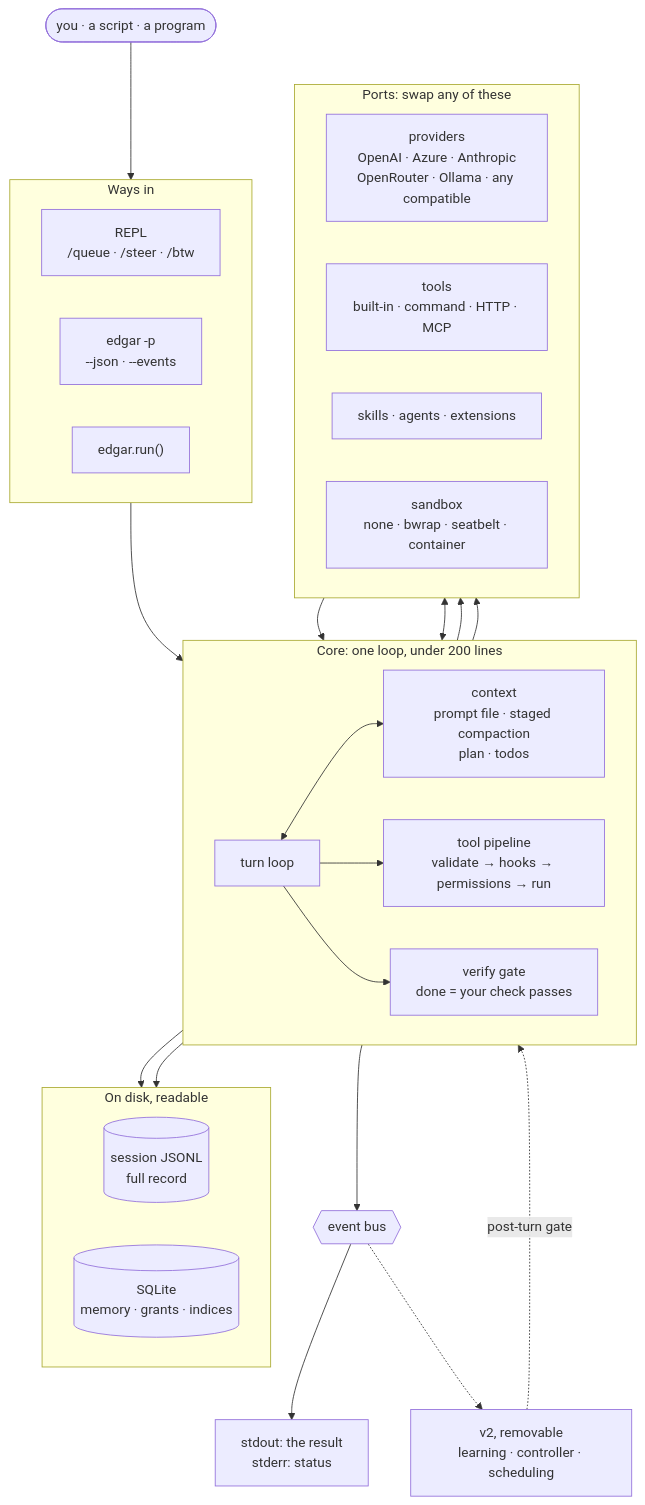
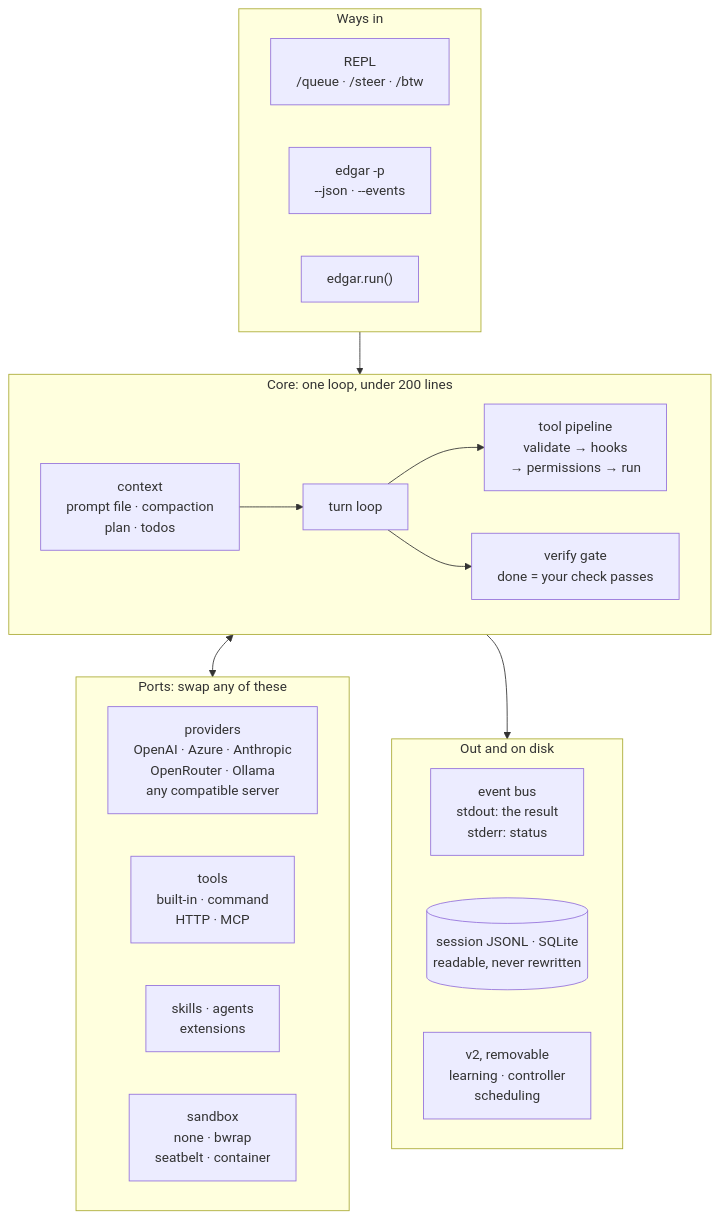
Before and after one commit to vespassassina/edgar: the diagram in README.md, drawn with Mermaid.

Commit message:
docs(readme): simplify the block diagram into a layered stack

````diff
--- a/README.md
+++ b/README.md
@@ -57,50 +57,35 @@
 ```mermaid
 flowchart TB
-    you(["you · a script · a program"])
-
     subgraph entry["Ways in"]
         direction LR
         repl["REPL<br/>/queue · /steer · /btw"]
         oneshot["edgar -p<br/>--json · --events"]
         api["edgar.run()"]
     end
 
     subgraph core["Core: one loop, under 200 lines"]
         direction LR
-        loop["turn loop"]
-        ctx["context<br/>prompt file · staged compaction<br/>plan · todos"]
-        exec["tool pipeline<br/>validate → hooks → permissions → run"]
-        verify["verify gate<br/>done = your check passes"]
+        ctx["context<br/>prompt file · compaction<br/>plan · todos"] --> loop["turn loop"]
+        loop --> exec["tool pipeline<br/>validate → hooks<br/>→ permissions → run"]
+        loop --> verify["verify gate<br/>done = your check passes"]
     end
 
     subgraph ports["Ports: swap any of these"]
         direction LR
-        prov["providers<br/>OpenAI · Azure · Anthropic<br/>OpenRouter · Ollama · any compatible"]
-        tools["tools<br/>built-in · command · HTTP · MCP"]
-        skills["skills · agents · extensions"]
-        sandbox["sandbox<br/>none · bwrap · seatbelt · container"]
+        prov["providers<br/>OpenAI · Azure · Anthropic<br/>OpenRouter · Ollama<br/>any compatible server"]
+        tools["tools<br/>built-in · command<br/>HTTP · MCP"]
+        skills["skills · agents<br/>extensions"]
+        sandbox["sandbox<br/>none · bwrap<br/>seatbelt · container"]
     end
 
-    subgraph disk["On disk, readable"]
+    subgraph rest["Out and on disk"]
         direction LR
-        jsonl[("session JSONL<br/>full record")]
-        db[("SQLite<br/>memory · grants · indices")]
+        bus["event bus<br/>stdout: the result<br/>stderr: status"]
+        disk[("session JSONL · SQLite<br/>readable, never rewritten")]
+        v2["v2, removable<br/>learning · controller<br/>scheduling"]
     end
 
-    bus{{"event bus"}}
-    out["stdout: the result<br/>stderr: status"]
-    v2["v2, removable<br/>learning · controller · scheduling"]
-
-    you --> entry --> loop
-    loop <--> ctx
-    loop <--> prov
-    loop --> exec --> tools
-    exec --> sandbox
-    skills --> ctx
-    loop --> verify
-    loop --> bus --> out
-    loop --> jsonl
-    ctx --> db
-    bus -.-> v2
-    v2 -. post-turn gate .-> loop
+    entry --> core
+    core <--> ports
+    core --> rest
 ```
````
